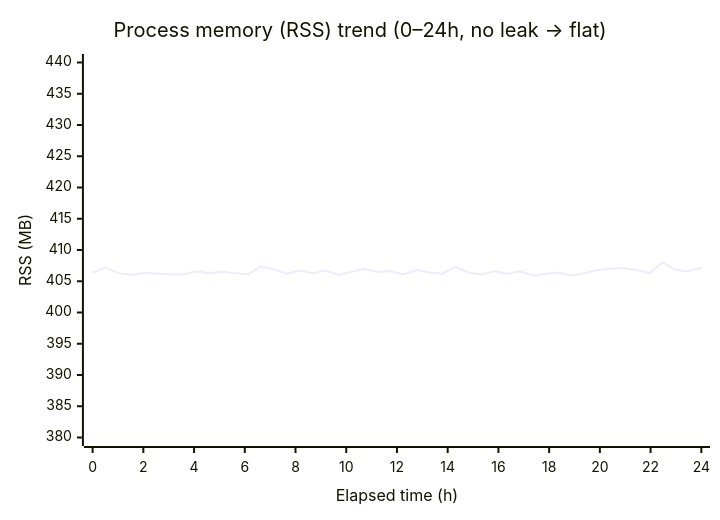
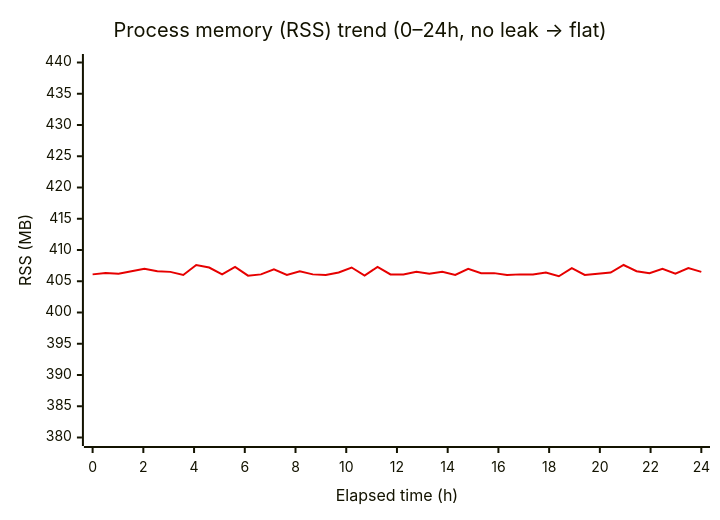
One commit to lgcmu2026-team5/TimeGrapher-Docs changed the second of 2 diagrams in Milestone/en/4-Planned-Experiments.md. Above: the diagram before and after it, drawn with Mermaid. The commit also changed other lines of this file and 1 other file, not shown here.

Commit message:
docs(EXP-05): color trend lines red and reshape CPU time mapping
- Set mermaid xychart line color to red for CPU/RSS trends (en/ko)
- Compress CPU ramp-up into 0-1h and stretch plateau across 1-24h

````diff
--- a/Milestone/en/4-Planned-Experiments.md
+++ b/Milestone/en/4-Planned-Experiments.md
@@ -261,7 +262,8 @@
 ```mermaid
+%%{init: {"themeVariables": {"xyChart": {"plotColorPalette": "#e60000"}}}}%%
 xychart-beta
     title "Process memory (RSS) trend (0–24h, no leak → flat)"
     x-axis "Elapsed time (h)" 0 --> 24
     y-axis "RSS (MB)" 380 --> 440
-    line [406.4, 407.2, 406.3, 406.0, 406.3, 406.2, 406.1, 406.1, 406.6, 406.3, 406.5, 406.3, 406.1, 407.4, 406.9, 406.2, 406.7, 406.3, 406.7, 406.0, 406.5, 407.0, 406.5, 406.6, 406.1, 406.8, 406.4, 406.2, 407.3, 406.4, 406.1, 406.6, 406.2, 406.6, 405.9, 406.2, 406.4, 405.9, 406.3, 406.8, 407.0, 407.1, 406.8, 406.3, 408.0, 406.8, 406.6, 407.2]
+    line [406.1, 406.3, 406.2, 406.6, 407.0, 406.6, 406.5, 406.0, 407.6, 407.2, 406.1, 407.3, 405.9, 406.1, 406.9, 406.0, 406.6, 406.1, 406.0, 406.4, 407.2, 405.9, 407.3, 406.1, 406.1, 406.5, 406.2, 406.5, 406.0, 407.0, 406.3, 406.3, 406.0, 406.1, 406.1, 406.4, 405.8, 407.1, 406.0, 406.2, 406.4, 407.6, 406.6, 406.3, 407.0, 406.2, 407.1, 406.5]
 ```
````
